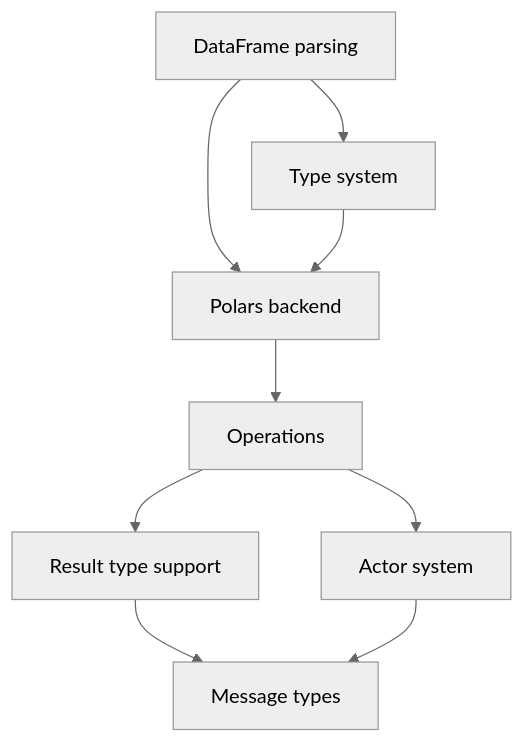
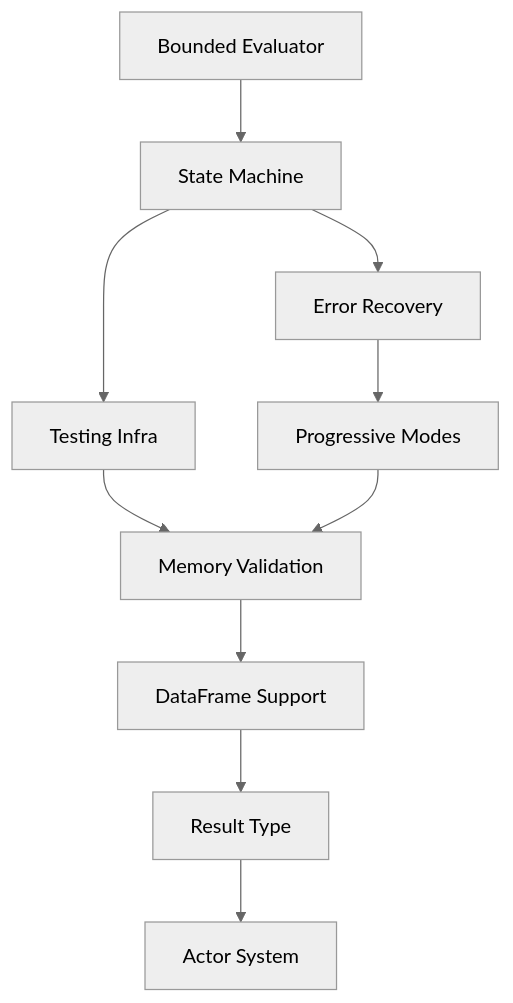
One commit to paiml/ruchy changed the diagram in docs/execution/roadmap.md. Above: the diagram before and after it, drawn with Mermaid (neutral theme). The commit also changed other lines of this file and 1 other file, not shown here.

First line of the commit message:
docs: Prioritize REPL Excellence for next sprint

````diff
--- a/docs/execution/roadmap.md
+++ b/docs/execution/roadmap.md
@@ -67,13 +96,13 @@
 ```mermaid
 graph TD
-    DF-P2-001[DataFrame parsing] --> DF-P2-002[Type system]
-    DF-P2-001 --> DF-P2-003[Polars backend]
-    DF-P2-002 --> DF-P2-003
-    DF-P2-003 --> DF-P2-004[Operations]
+    REPL-P1-001[Bounded Evaluator] --> REPL-P1-002[State Machine]
+    REPL-P1-002 --> REPL-P1-003[Testing Infra]
+    REPL-P1-002 --> REPL-P1-004[Error Recovery]
+    REPL-P1-004 --> REPL-P1-005[Progressive Modes]
+    REPL-P1-003 --> REPL-P1-006[Memory Validation]
+    REPL-P1-005 --> REPL-P1-006
     
-    DF-P2-004 --> RT-P3-001[Result type support]
-    DF-P2-004 --> AC-P4-001[Actor system]
-    
-    RT-P3-001 --> AC-P4-002[Message types]
-    AC-P4-001 --> AC-P4-002
+    REPL-P1-006 --> DF-P2-001[DataFrame Support]
+    DF-P2-001 --> RT-P3-001[Result Type]
+    RT-P3-001 --> AC-P4-001[Actor System]
 ```
````
